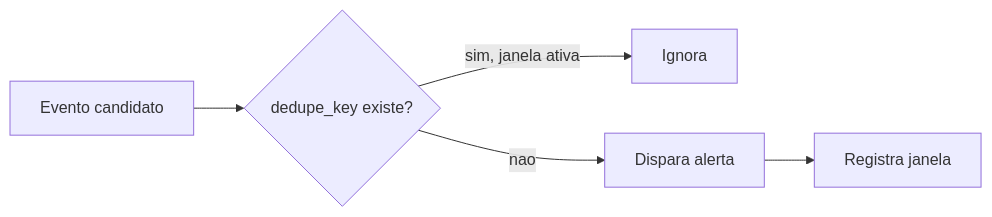
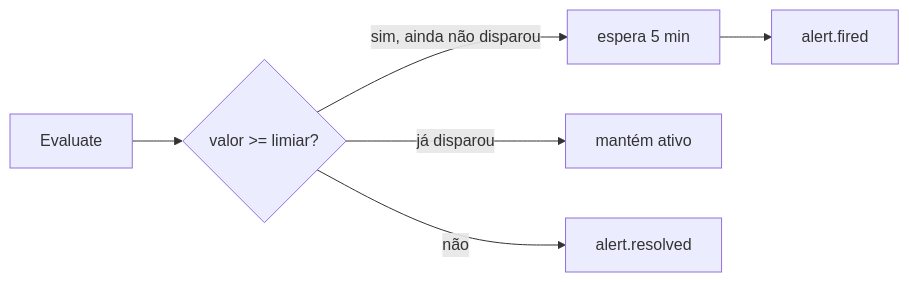
The third of 4 diagrams in docs/flows/events-and-alerts.md (HarryRaddatz/argus-observability), drawn with Mermaid before and after one commit. The commit also changed other lines of this file and 9 other files, not shown here.

````diff
--- a/docs/flows/events-and-alerts.md
+++ b/docs/flows/events-and-alerts.md
@@ -61,7 +56,8 @@
 ```mermaid
 flowchart LR
-  Event[Evento candidato] --> Key{dedupe_key existe?}
-  Key -->|sim, janela ativa| Drop[Ignora]
-  Key -->|nao| Fire[Dispara alerta]
-  Fire --> Cache[Registra janela]
+  Tick[Evaluate] --> Above{valor >= limiar?}
+  Above -->|sim, ainda não disparou| Wait[espera 5 min]
+  Wait --> Fire[alert.fired]
+  Above -->|já disparou| Keep[mantém ativo]
+  Above -->|não| Resolve[alert.resolved]
 ```
````
